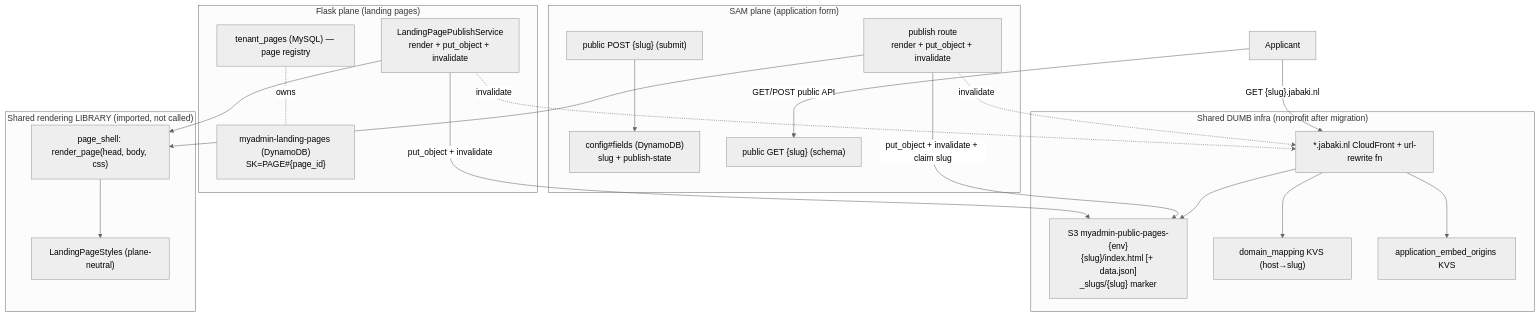
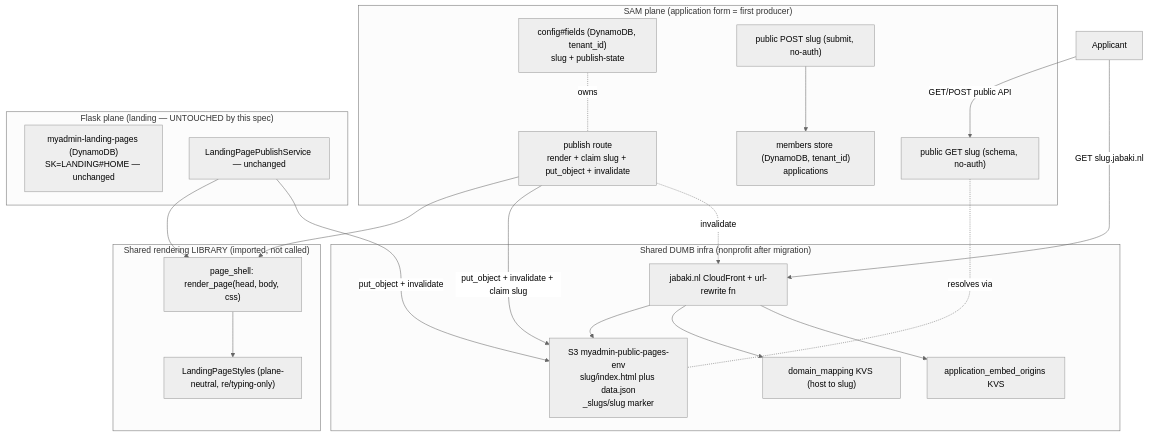
One commit to PeterGeers/myAdmin changed the diagram in .kiro/specs/Members/14 - public-pages-multi-tenant-serving/design.md. Above: the diagram before and after it, drawn with Mermaid (neutral theme). The commit also changed other lines of this file and 52 other files, not shown here.

First line of the commit message:
feat(members): SAM public-pages platform (spec 14, tasks 1-10)

````diff
--- a/.kiro/specs/Members/14 - public-pages-multi-tenant-serving/design.md
+++ b/.kiro/specs/Members/14 - public-pages-multi-tenant-serving/design.md
@@ -19,38 +35,38 @@
 ```mermaid
 graph TB
-  subgraph Flask["Flask plane (landing pages)"]
-    LReg["tenant_pages (MySQL) — page registry"]
-    LDyn["myadmin-landing-pages (DynamoDB)<br/>SK=PAGE#{page_id}"]
-    LPub["LandingPagePublishService<br/>render + put_object + invalidate"]
+  subgraph SAM["SAM plane (application form = first producer)"]
+    SCfg["config#fields (DynamoDB, tenant_id)<br/>slug + publish-state"]
+    SPub["publish route<br/>render + claim slug + put_object + invalidate"]
+    SPubGet["public GET slug (schema, no-auth)"]
+    SPost["public POST slug (submit, no-auth)"]
+    SMembers["members store (DynamoDB, tenant_id)<br/>applications"]
   end
-  subgraph SAM["SAM plane (application form)"]
-    SCfg["config#fields (DynamoDB)<br/>slug + publish-state"]
-    SPub["publish route<br/>render + put_object + invalidate"]
-    SPubGet["public GET {slug} (schema)"]
-    SPost["public POST {slug} (submit)"]
+  subgraph Flask["Flask plane (landing — UNTOUCHED by this spec)"]
+    LDyn["myadmin-landing-pages (DynamoDB)<br/>SK=LANDING#HOME — unchanged"]
+    LPub["LandingPagePublishService — unchanged"]
   end
   subgraph SharedLib["Shared rendering LIBRARY (imported, not called)"]
     Shell["page_shell: render_page(head, body, css)"]
-    Styles["LandingPageStyles (plane-neutral)"]
+    Styles["LandingPageStyles (plane-neutral, re/typing-only)"]
   end
   subgraph Dumb["Shared DUMB infra (nonprofit after migration)"]
-    S3["S3 myadmin-public-pages-{env}<br/>{slug}/index.html [+ data.json]<br/>_slugs/{slug} marker"]
-    CF["*.jabaki.nl CloudFront + url-rewrite fn"]
-    KVS1["domain_mapping KVS (host→slug)"]
+    S3["S3 myadmin-public-pages-env<br/>slug/index.html plus data.json<br/>_slugs/slug marker"]
+    CF["jabaki.nl CloudFront + url-rewrite fn"]
+    KVS1["domain_mapping KVS (host to slug)"]
     KVS2["application_embed_origins KVS"]
   end
+  SPub --> Shell
   LPub --> Shell
-  SPub --> Shell
   Shell --> Styles
+  SPub -->|put_object + invalidate + claim slug| S3
   LPub -->|put_object + invalidate| S3
-  SPub -->|put_object + invalidate + claim slug| S3
-  LPub -.->|invalidate| CF
   SPub -.->|invalidate| CF
   CF --> S3
   CF --> KVS1
   CF --> KVS2
-  Applicant -->|GET #123;slug#125;.jabaki.nl| CF
+  Applicant -->|GET slug.jabaki.nl| CF
   Applicant -->|GET/POST public API| SPubGet
-  SPost --> SCfg
-  LReg -. owns .- LDyn
+  SPost --> SMembers
+  SPubGet -. resolves via .- S3
+  SCfg -. owns .- SPub
 ```
````
